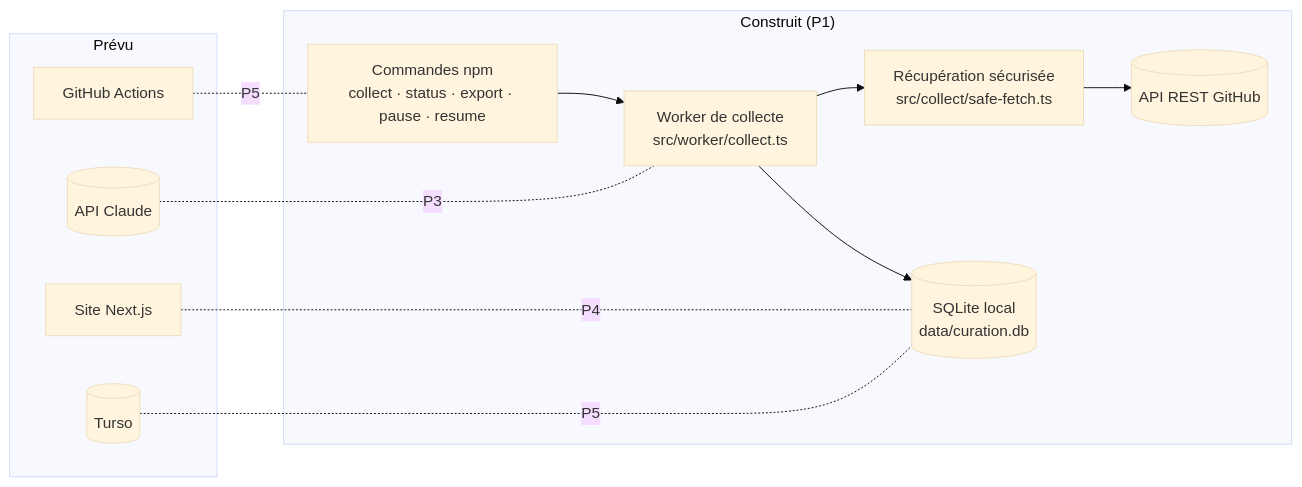
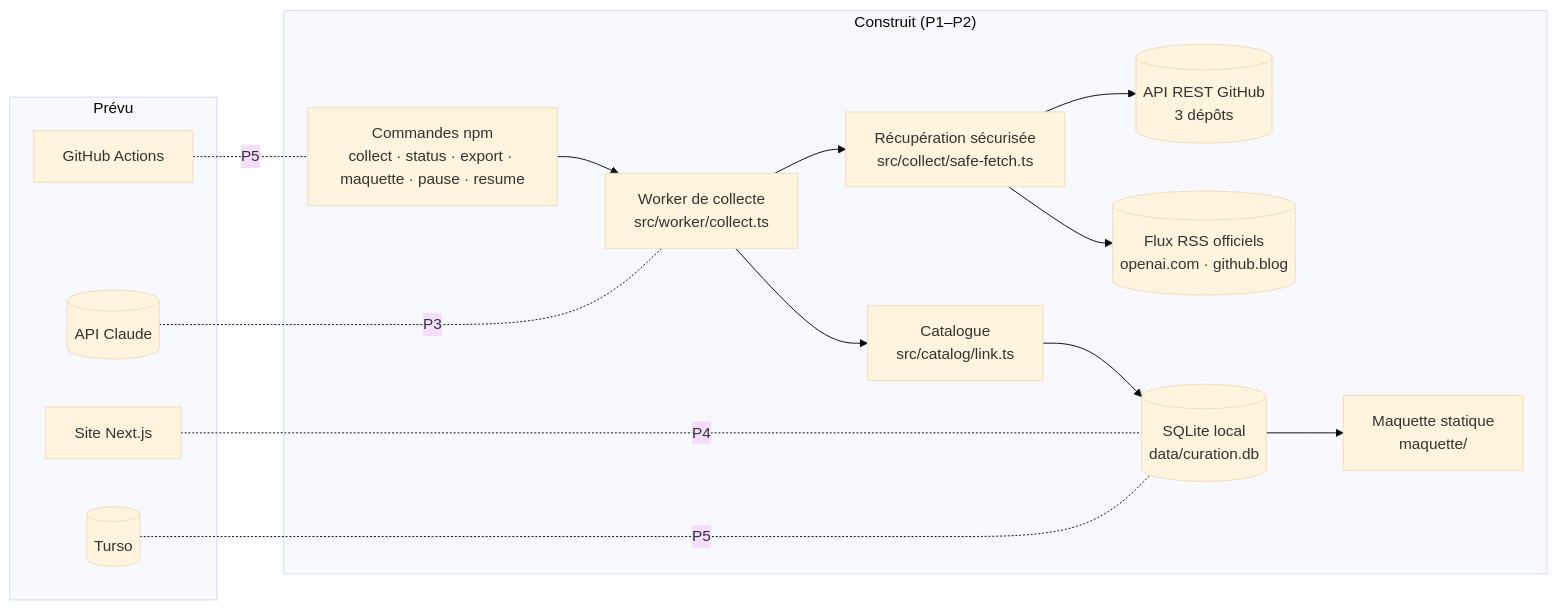
Before and after one commit to Aloncoh/curation-ia: the first of 3 diagrams in docs/architecture.md, drawn with Mermaid (base theme). The commit also changed other lines of this file and 54 other files, not shown here.

First line of the commit message:
P2 : catalogue fiable sur 5 sources, relectures traitées, maquette autour de la mascotte

````diff
--- a/docs/architecture.md
+++ b/docs/architecture.md
@@ -7,15 +7,18 @@
 ```mermaid
 flowchart LR
-  subgraph Construit["Construit (P1)"]
-    CLI["Commandes npm<br/>collect · status · export · pause · resume"] --> W["Worker de collecte<br/>src/worker/collect.ts"]
+  subgraph Construit["Construit (P1–P2)"]
+    CLI["Commandes npm<br/>collect · status · export · maquette · pause · resume"] --> W["Worker de collecte<br/>src/worker/collect.ts"]
     W --> SF["Récupération sécurisée<br/>src/collect/safe-fetch.ts"]
-    SF --> GH[(API REST GitHub)]
-    W --> DB[(SQLite local<br/>data/curation.db)]
+    SF --> GH[(API REST GitHub<br/>3 dépôts)]
+    SF --> RSS[(Flux RSS officiels<br/>openai.com · github.blog)]
+    W --> CAT["Catalogue<br/>src/catalog/link.ts"]
+    CAT --> DB[(SQLite local<br/>data/curation.db)]
+    DB --> MAQ["Maquette statique<br/>maquette/"]
   end
   subgraph Prevu["Prévu"]
     LLM[(API Claude)] -.P3.- W
     WEB["Site Next.js"] -.P4.- DB
     GHA["GitHub Actions"] -.P5.- CLI
     TURSO[(Turso)] -.P5.- DB
   end
 ```
````
